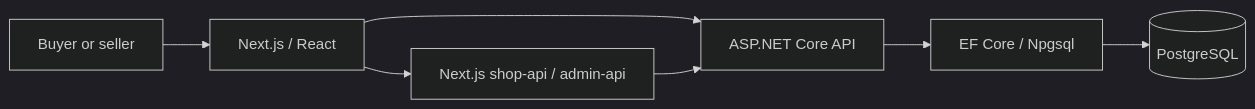
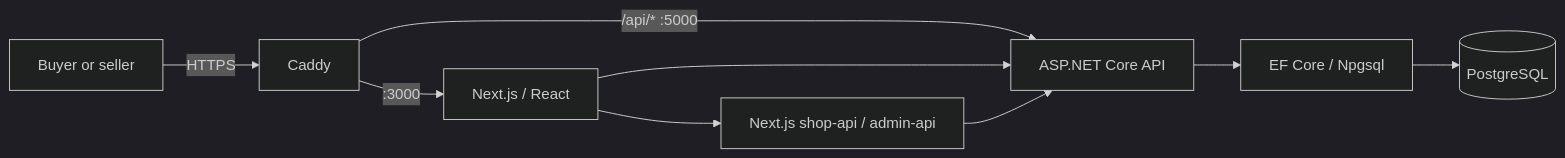
Before and after one commit to tr3ba/.github: the first of 2 diagrams in README.en.md, drawn with Mermaid (dark theme). The commit also changed other lines of this file and 7 other files, not shown here.

```diff
--- a/README.en.md
+++ b/README.en.md
@@ -111,9 +121,11 @@
 ~~~mermaid
 flowchart LR
-    USER["Buyer or seller"] --> WEB["Next.js / React"]
+    USER["Buyer or seller"] -->|"HTTPS"| PROXY["Caddy"]
+    PROXY -->|":3000"| WEB["Next.js / React"]
+    PROXY -->|"/api/* :5000"| API["ASP.NET Core API"]
     WEB --> API["ASP.NET Core API"]
     API --> DATA["EF Core / Npgsql"]
     DATA --> DB[("PostgreSQL")]
     WEB --> ROUTES["Next.js shop-api / admin-api"]
     ROUTES --> API
 ~~~
```
